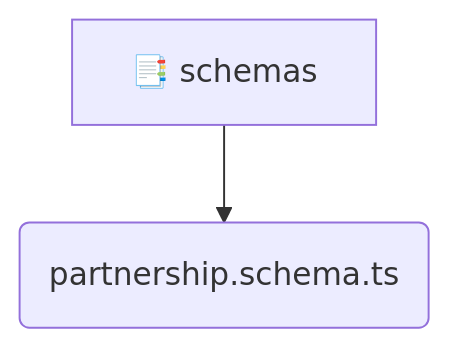
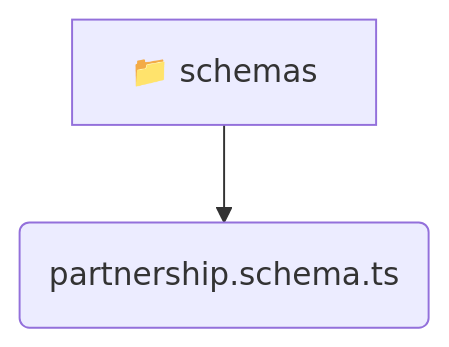
Before and after one commit to beginwebdev2002/fullstack-mavluda: the diagram in backend/src/modules/partnership/infrastructure/schemas/README.md, drawn with Mermaid. The commit also changed other lines of this file and 155 other files, not shown here.

````diff
--- a/backend/src/modules/partnership/infrastructure/schemas/README.md
+++ b/backend/src/modules/partnership/infrastructure/schemas/README.md
@@ -9,5 +9,5 @@
 ```mermaid
 graph TD
-  schemas[📑 schemas]
-  schemas --> partnership_schema_ts(partnership.schema.ts)
+  schemas[📁 schemas]
+  schemas --> schemas_partnership_schema_ts(partnership.schema.ts)
 ```
````
